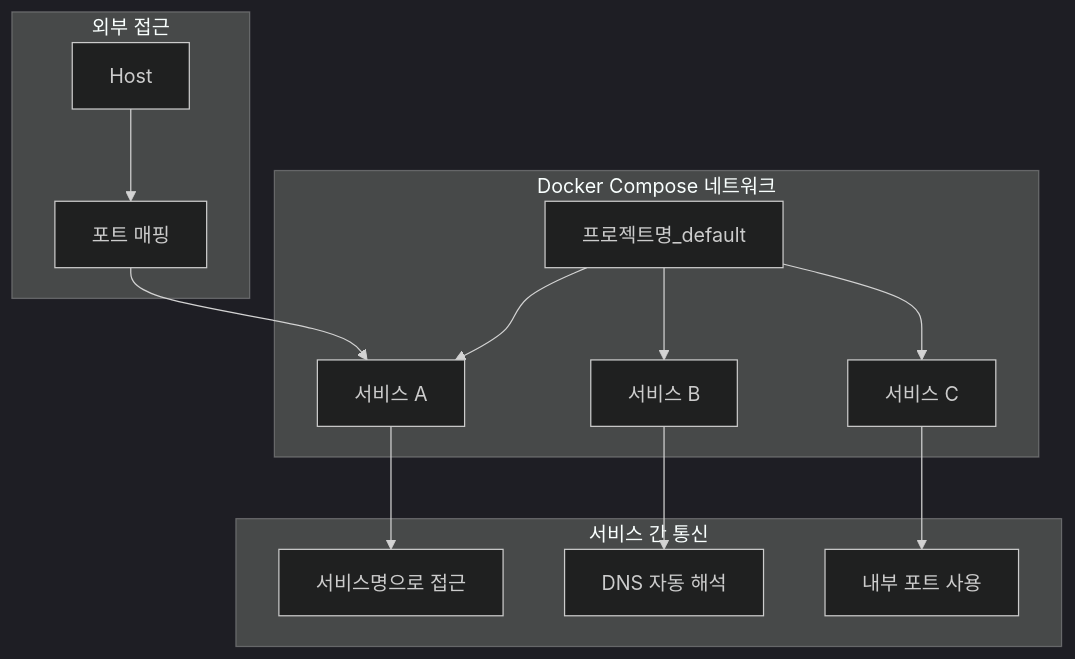
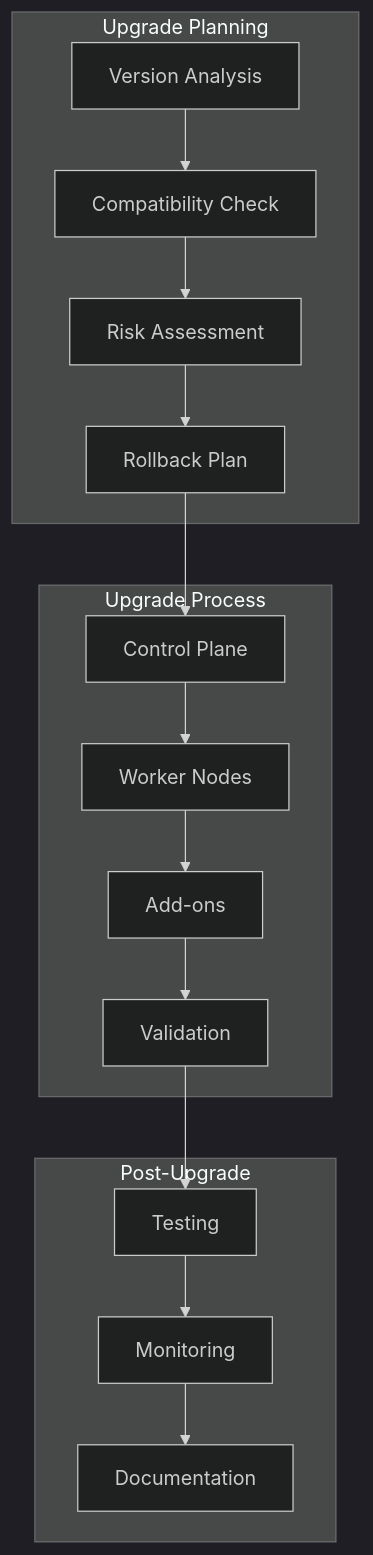
Before and after one commit to niceguy61/kdt_devops_lecture_2025: the first of 2 diagrams in week_02/day_04/session_02.md, drawn with Mermaid (dark theme). The commit also changed other lines of this file and 41 other files, not shown here.

````diff
--- a/week_02/day_04/session_02.md
+++ b/week_02/day_04/session_02.md
@@ -15,19 +15,22 @@
 ```mermaid
 graph TB
-    subgraph "Docker Compose 네트워크"
-        A[프로젝트명_default] --> B[서비스 A]
-        A --> C[서비스 B]
-        A --> D[서비스 C]
+    subgraph "Upgrade Planning"
+        A[Version Analysis] --> B[Compatibility Check]
+        B --> C[Risk Assessment]
+        C --> D[Rollback Plan]
     end
     
-    subgraph "서비스 간 통신"
-        B --> E[서비스명으로 접근]
-        C --> F[DNS 자동 해석]
-        D --> G[내부 포트 사용]
+    subgraph "Upgrade Process"
+        E[Control Plane] --> F[Worker Nodes]
+        F --> G[Add-ons]
+        G --> H[Validation]
     end
     
-    subgraph "외부 접근"
-        H[Host] --> I[포트 매핑]
-        I --> B
+    subgraph "Post-Upgrade"
+        I[Testing] --> J[Monitoring]
+        J --> K[Documentation]
     end
+    
+    D --> E
+    H --> I
 ```
````
